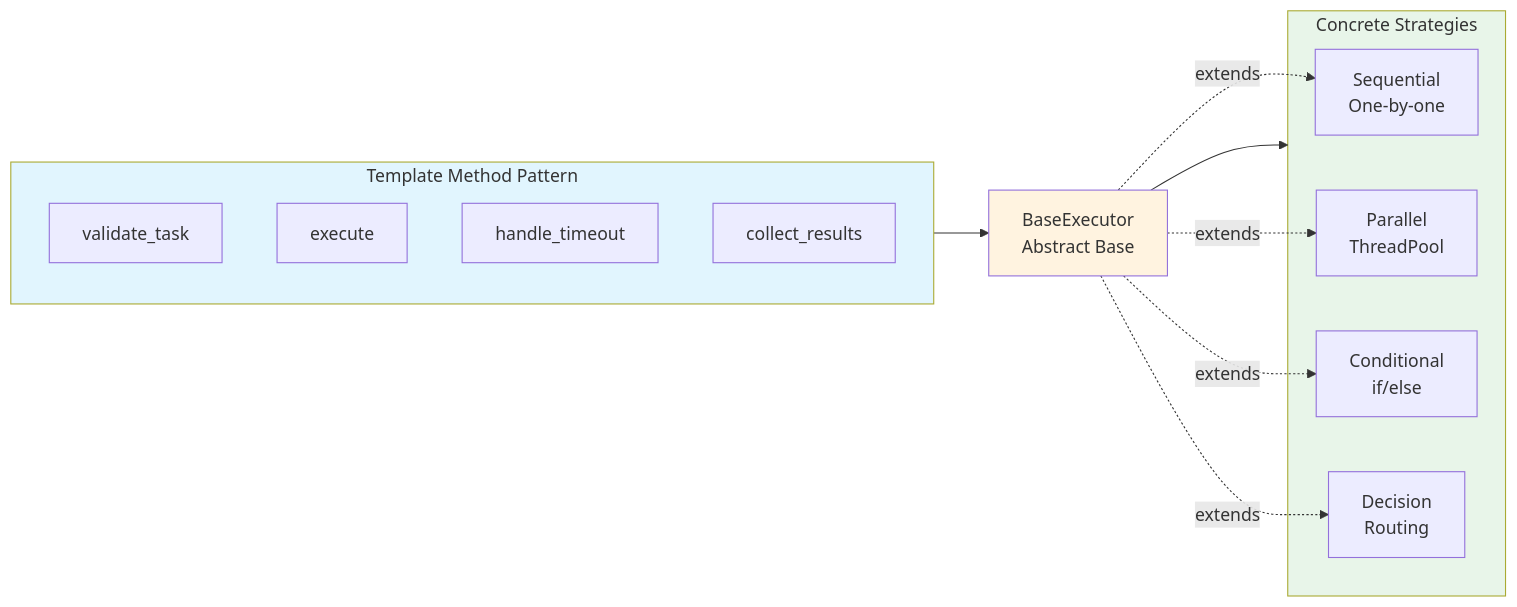
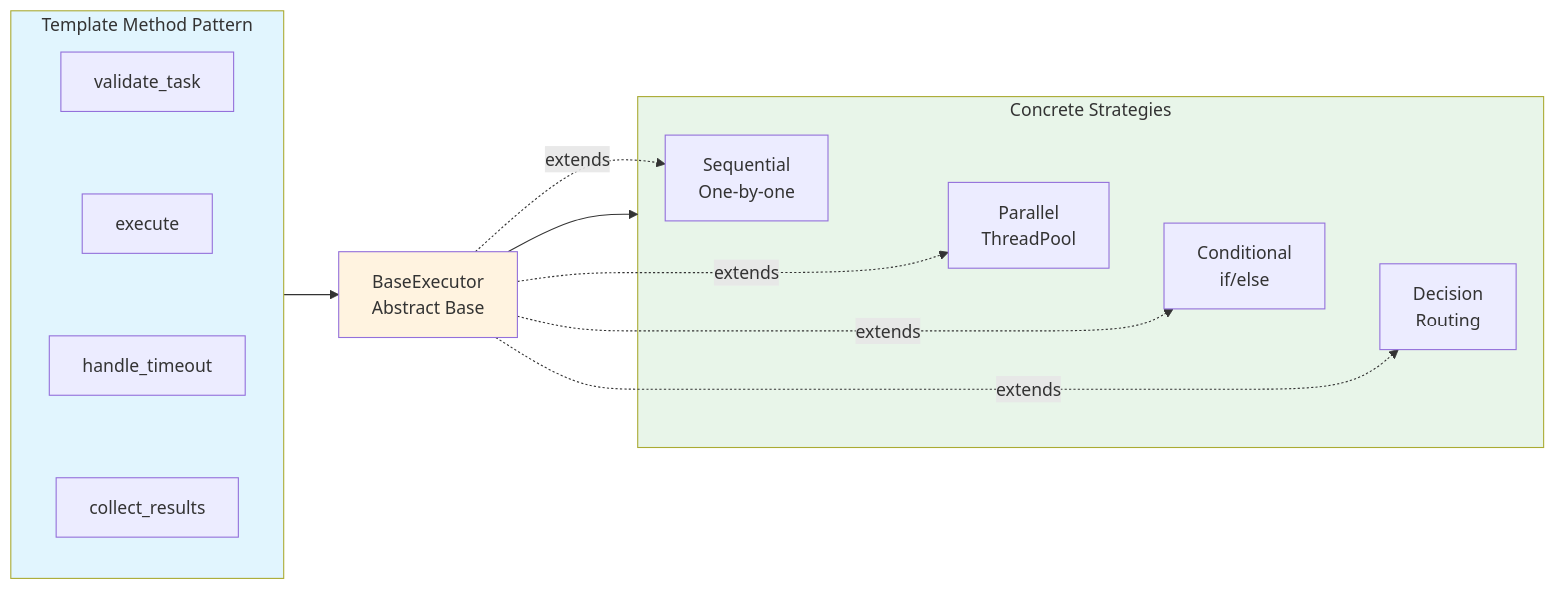
Before and after one commit to bastelbude1/Tasker: the fifth of 8 diagrams in ARCHITECTURE_MERMAID.md, drawn with Mermaid.

First paragraph of the commit message:
docs: Stack Template Method Pattern vertically in Execution Strategy Pattern
Added invisible connections to force vertical stacking of Template Method
Pattern nodes, matching the visual style of Concrete Strategies subgraph.

````diff
--- a/ARCHITECTURE_MERMAID.md
+++ b/ARCHITECTURE_MERMAID.md
@@ -247,30 +247,38 @@
 ```mermaid
 graph LR
     subgraph Template["Template Method Pattern"]
         Validate[validate_task]
         Execute[execute]
         Timeout[handle_timeout]
         Collect[collect_results]
+
+        Validate ~~~ Execute
+        Execute ~~~ Timeout
+        Timeout ~~~ Collect
     end
 
     Base[BaseExecutor<br/>Abstract Base]
 
     subgraph Strategies["Concrete Strategies"]
         Seq[Sequential<br/>One-by-one]
         Par[Parallel<br/>ThreadPool]
         Cond[Conditional<br/>if/else]
         Dec[Decision<br/>Routing]
+
+        Seq ~~~ Par
+        Par ~~~ Cond
+        Cond ~~~ Dec
     end
 
     Template --> Base
     Base --> Strategies
 
     Base -.extends.-> Seq
     Base -.extends.-> Par
     Base -.extends.-> Cond
     Base -.extends.-> Dec
 
     style Template fill:#e1f5fe
     style Base fill:#fff3e0
     style Strategies fill:#e8f5e9
 ```
````
